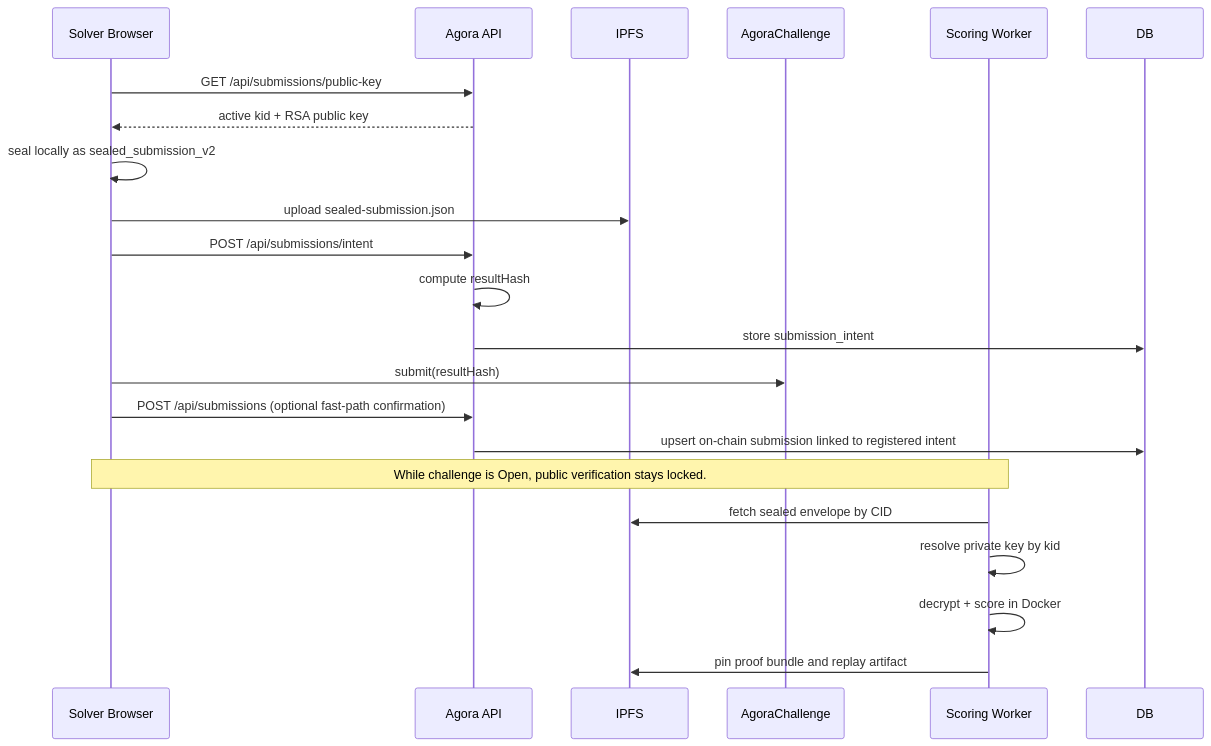
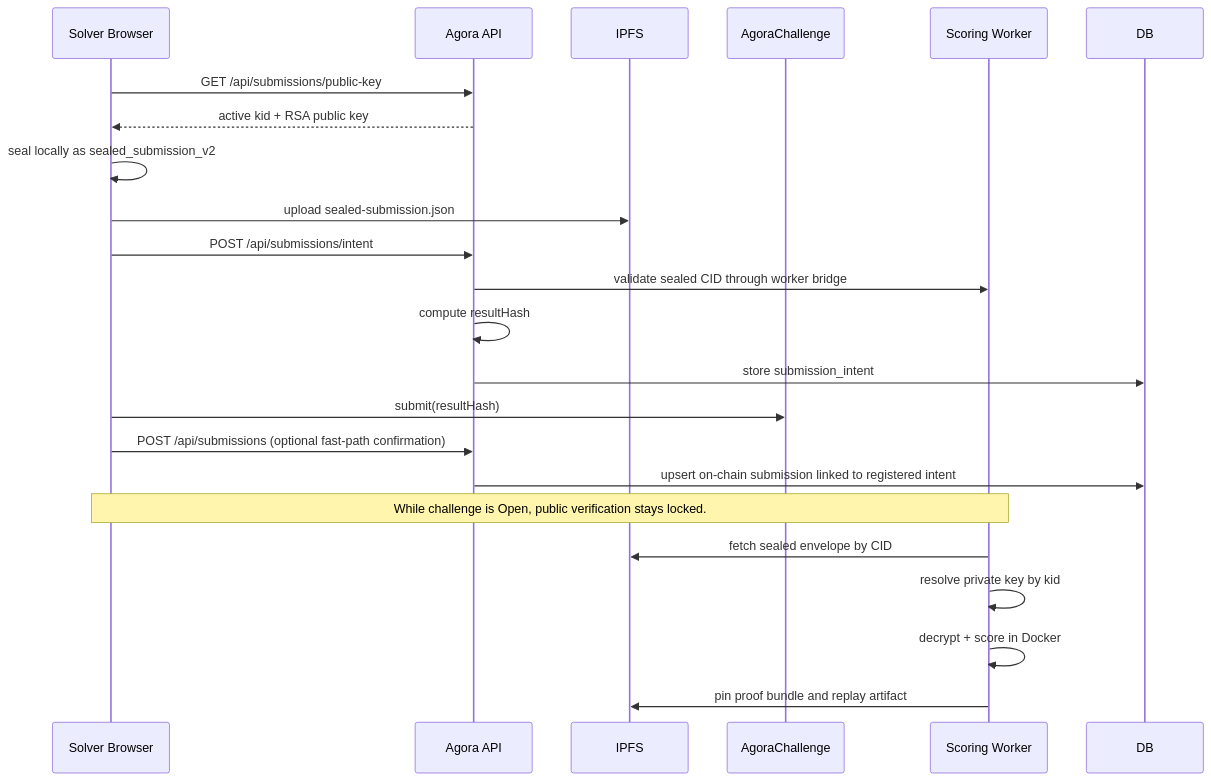
The fourth of 13 diagrams in docs/architecture.md (andymolecule/Hermes), drawn with Mermaid before and after one commit. The commit also changed other lines of this file and 27 other files, not shown here.

````diff
--- a/docs/architecture.md
+++ b/docs/architecture.md
@@ -230,26 +230,27 @@
 ```mermaid
 sequenceDiagram
     participant Solver as Solver Browser
     participant API as Agora API
     participant IPFS as IPFS
     participant Chain as AgoraChallenge
     participant Worker as Scoring Worker
 
     Solver->>API: GET /api/submissions/public-key
     API-->>Solver: active kid + RSA public key
     Solver->>Solver: seal locally as sealed_submission_v2
     Solver->>IPFS: upload sealed-submission.json
     Solver->>API: POST /api/submissions/intent
+    API->>Worker: validate sealed CID through worker bridge
     API->>API: compute resultHash
     API->>DB: store submission_intent
     Solver->>Chain: submit(resultHash)
     Solver->>API: POST /api/submissions (optional fast-path confirmation)
     API->>DB: upsert on-chain submission linked to registered intent
 
     Note over Solver,Worker: While challenge is Open, public verification stays locked.
 
     Worker->>IPFS: fetch sealed envelope by CID
     Worker->>Worker: resolve private key by kid
     Worker->>Worker: decrypt + score in Docker
     Worker->>IPFS: pin proof bundle and replay artifact
 ```
````
